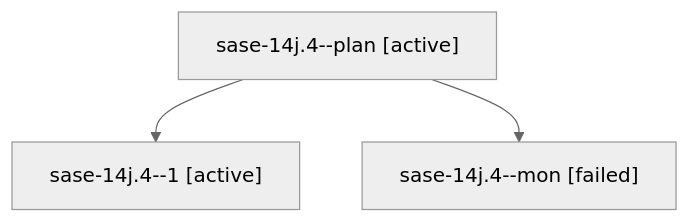
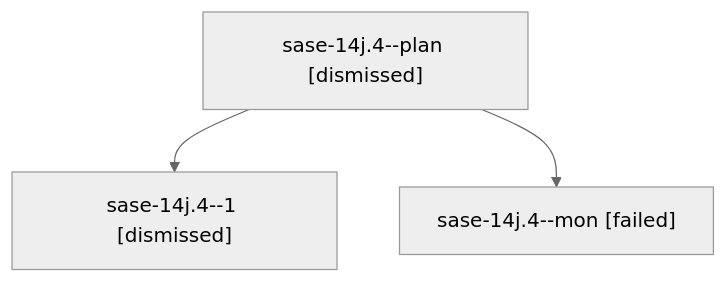
The diagram in sessions/bbugyi200.athena.sase-14j.4.md (sase-org/sase--agents), drawn with Mermaid (neutral theme) before and after one commit. The commit also changed other lines of this file and 85 other files, not shown here.

````diff
--- a/sessions/bbugyi200.athena.sase-14j.4.md
+++ b/sessions/bbugyi200.athena.sase-14j.4.md
@@ -9,8 +9,8 @@
 ```mermaid
 flowchart TD
-  n0["sase-14j.4--plan [active]"]
-  n1["sase-14j.4--1 [active]"]
+  n0["sase-14j.4--plan [dismissed]"]
+  n1["sase-14j.4--1 [dismissed]"]
   n0 --> n1
   n2["sase-14j.4--mon [failed]"]
   n0 --> n2
 ```
````
